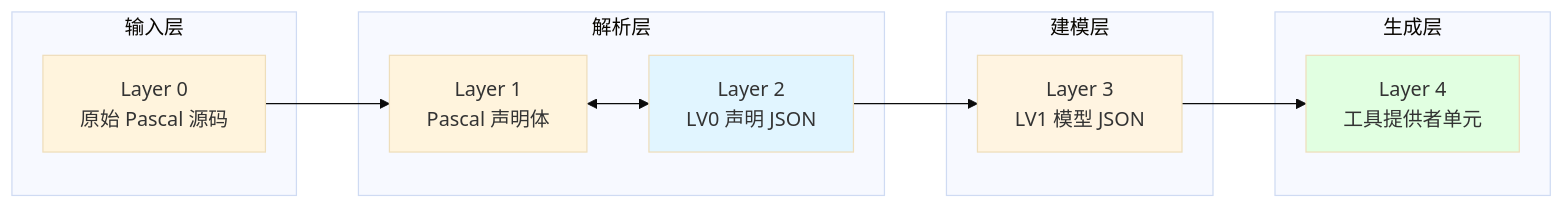
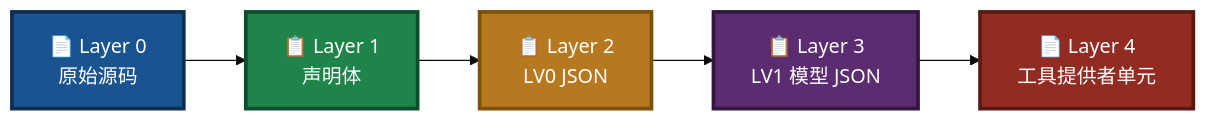
One commit to PassByYou888/LingoFuse-pasAgent changed the fourth of 16 diagrams in LingoFuse_Python_Binding_Migration_Record.md. Above: the diagram before and after it, drawn with Mermaid (base theme). The commit also changed other lines of this file, not shown here.

````diff
--- a/LingoFuse_Python_Binding_Migration_Record.md
+++ b/LingoFuse_Python_Binding_Migration_Record.md
@@ -137,28 +166,13 @@
 ```mermaid
 flowchart LR
-    subgraph Input["输入层"]
-        L0["Layer 0<br/>原始 Pascal 源码"]
-    end
+    A["📄 Layer 0<br/>原始源码"] --> B["📋 Layer 1<br/>声明体"]
+    B --> C["📋 Layer 2<br/>LV0 JSON"]
+    C --> D["📋 Layer 3<br/>LV1 模型 JSON"]
+    D --> E["📄 Layer 4<br/>工具提供者单元"]
 
-    subgraph Parse["解析层"]
-        L1["Layer 1<br/>Pascal 声明体"]
-        L2["Layer 2<br/>LV0 声明 JSON"]
-    end
-
-    subgraph Model["建模层"]
-        L3["Layer 3<br/>LV1 模型 JSON"]
-    end
-
-    subgraph Generate["生成层"]
-        L4["Layer 4<br/>工具提供者单元"]
-    end
-
-    L0 --> L1
-    L1 <--> L2
-    L2 --> L3
-    L3 --> L4
-
-    style L2 fill:#e1f5ff
-    style L3 fill:#fff4e1
-    style L4 fill:#e1ffe1
+    style A fill:#1A5490,stroke:#0D2F52,stroke-width:3px,color:#FFFFFF
+    style B fill:#1E8449,stroke:#0E4D2A,stroke-width:3px,color:#FFFFFF
+    style C fill:#B7791F,stroke:#7E5109,stroke-width:3px,color:#FFFFFF
+    style D fill:#5B2C6F,stroke:#321640,stroke-width:3px,color:#FFFFFF
+    style E fill:#922B21,stroke:#5A1A14,stroke-width:3px,color:#FFFFFF
 ```
````
